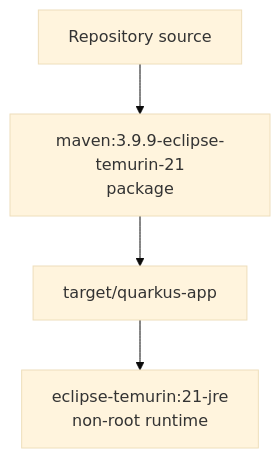
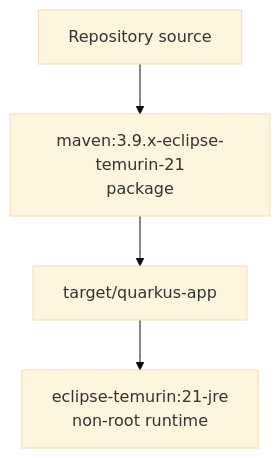
Before and after one commit to Plataforma-Universidade-Gratuita/pug-docs: the fourth of 4 diagrams in pug-service/cicd/README.md, drawn with Mermaid (base theme). The commit also changed other lines of this file, not shown here.

````diff
--- a/pug-service/cicd/README.md
+++ b/pug-service/cicd/README.md
@@ -41,9 +84,9 @@
 ```mermaid
 graph TB
     SRC["Repository source"]
-    BUILD["maven:3.9.9-eclipse-temurin-21<br/>package"]
+    BUILD["maven:3.9.x-eclipse-temurin-21<br/>package"]
     APP["target/quarkus-app"]
     RUN["eclipse-temurin:21-jre<br/>non-root runtime"]
 
     SRC --> BUILD --> APP --> RUN
 ```
````
